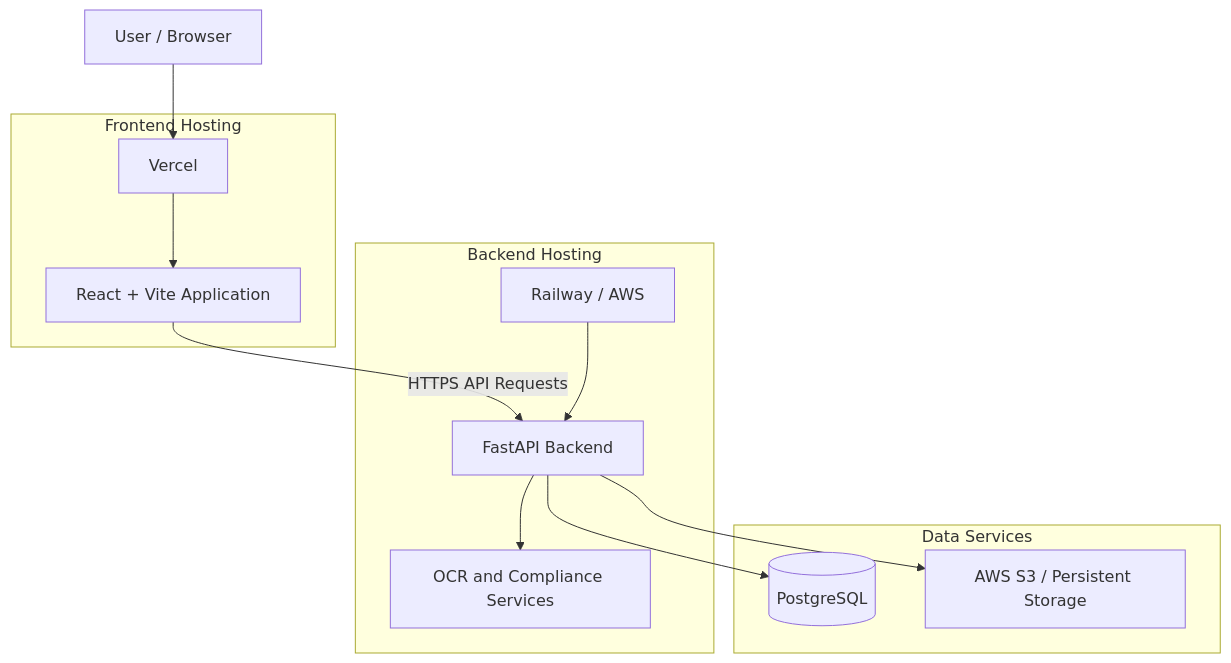
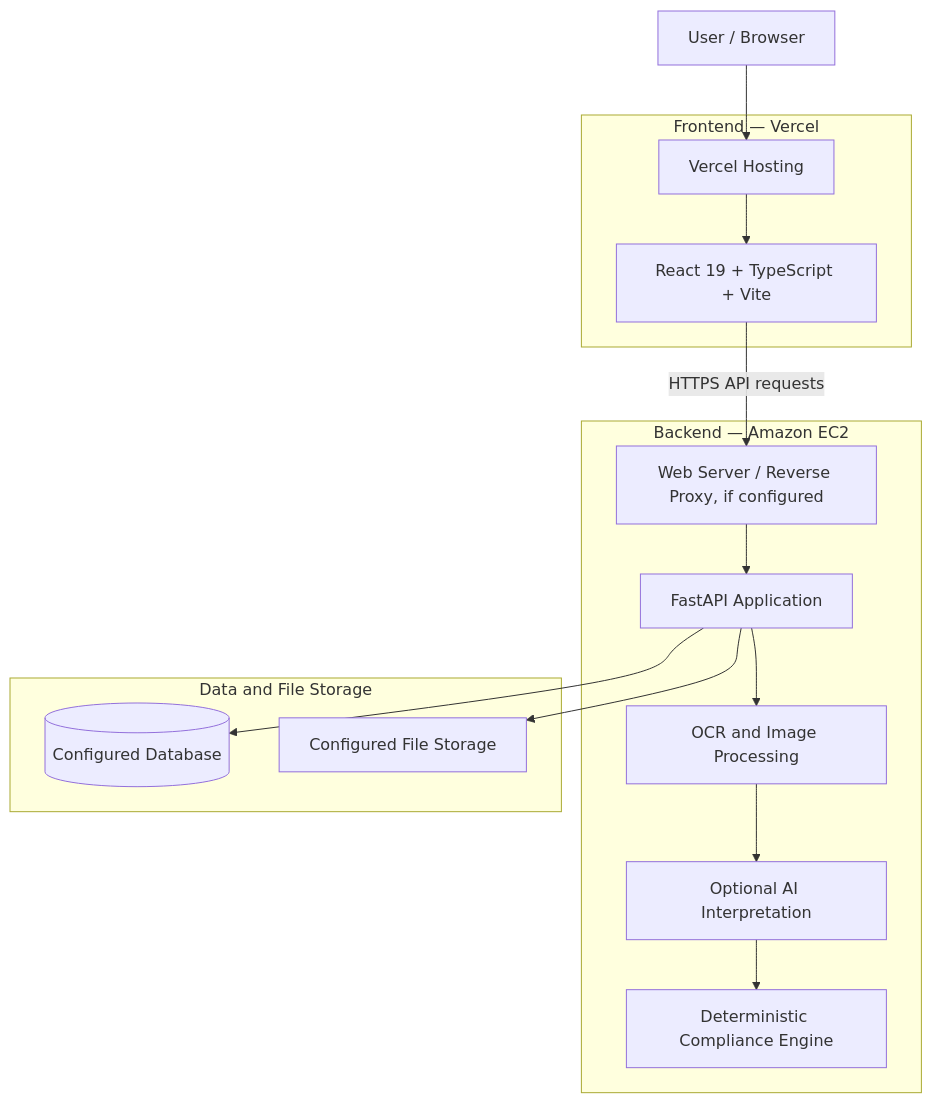
Before and after one commit to heyytrayamm/DISHA: the second of 2 diagrams in README.md, drawn with Mermaid. The commit also changed other lines of this file, not shown here.

````diff
--- a/README.md
+++ b/README.md
@@ -635,28 +203,32 @@
 ```mermaid
 flowchart TB
     U["User / Browser"]
 
-    subgraph FRONTEND["Frontend Hosting"]
-        V["Vercel"]
-        R["React + Vite Application"]
+    subgraph FRONTEND["Frontend — Vercel"]
+        V["Vercel Hosting"]
+        R["React 19 + TypeScript + Vite"]
     end
 
-    subgraph BACKEND["Backend Hosting"]
-        W["Railway / AWS"]
-        F["FastAPI Backend"]
-        O["OCR and Compliance Services"]
+    subgraph BACKEND["Backend — Amazon EC2"]
+        N["Web Server / Reverse Proxy, if configured"]
+        F["FastAPI Application"]
+        O["OCR and Image Processing"]
+        A["Optional AI Interpretation"]
+        C["Deterministic Compliance Engine"]
     end
 
-    subgraph STORAGE["Data Services"]
-        D[("PostgreSQL")]
-        S["AWS S3 / Persistent Storage"]
+    subgraph DATA["Data and File Storage"]
+        DB[("Configured Database")]
+        S["Configured File Storage"]
     end
 
     U --> V
     V --> R
-    R -->|HTTPS API Requests| F
-    W --> F
+    R -->|"HTTPS API requests"| N
+    N --> F
     F --> O
-    F --> D
+    O --> A
+    A --> C
+    F --> DB
     F --> S
 ```
````
